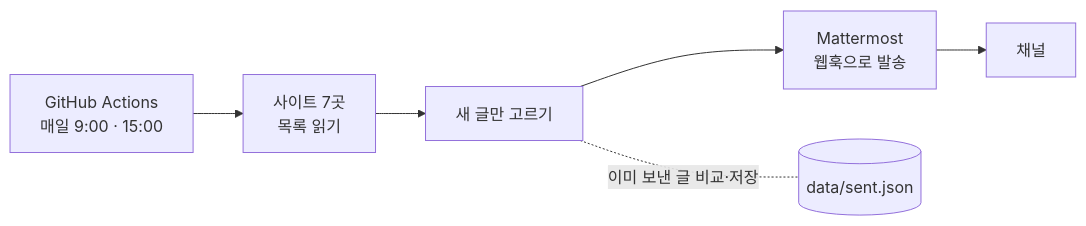
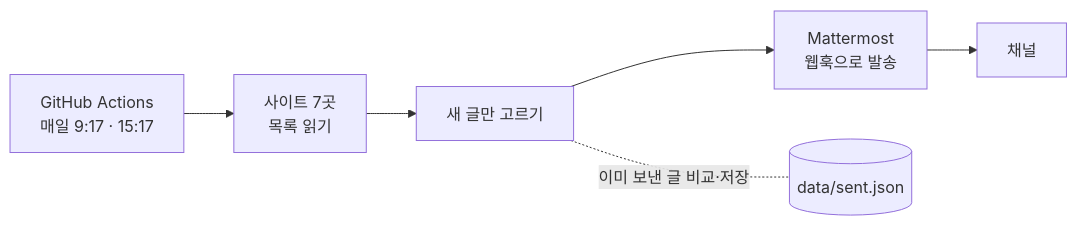
The second of 2 diagrams in README.md (seophohoho/jakdang), drawn with Mermaid before and after one commit. The commit also changed 2 other files, not shown here.

Commit message:
봇: 정각 혼잡을 피해 예약 시각을 매시 17분으로 옮기기

````diff
--- a/README.md
+++ b/README.md
@@ -25,8 +25,8 @@
 ```mermaid
 flowchart LR
-    A["GitHub Actions<br/>매일 9:00 · 15:00"] --> B["사이트 7곳<br/>목록 읽기"]
+    A["GitHub Actions<br/>매일 9:17 · 15:17"] --> B["사이트 7곳<br/>목록 읽기"]
     B --> C["새 글만 고르기"]
     C --> D["Mattermost<br/>웹훅으로 발송"]
     D --> E["채널"]
     C -.-|이미 보낸 글 비교·저장| S[("data/sent.json")]
 ```
````
